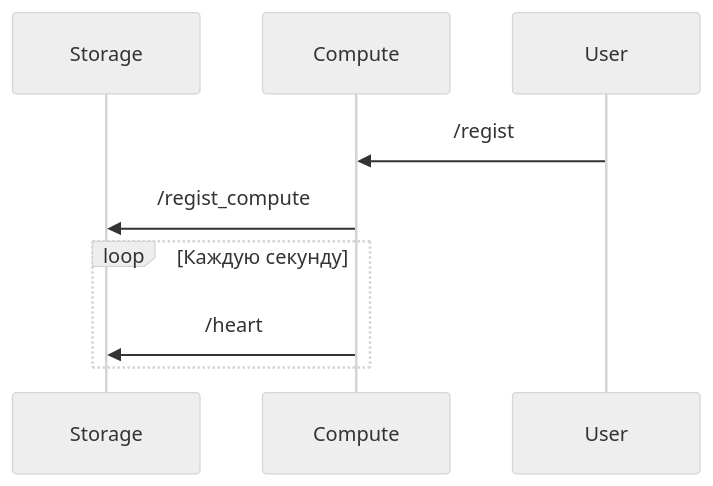
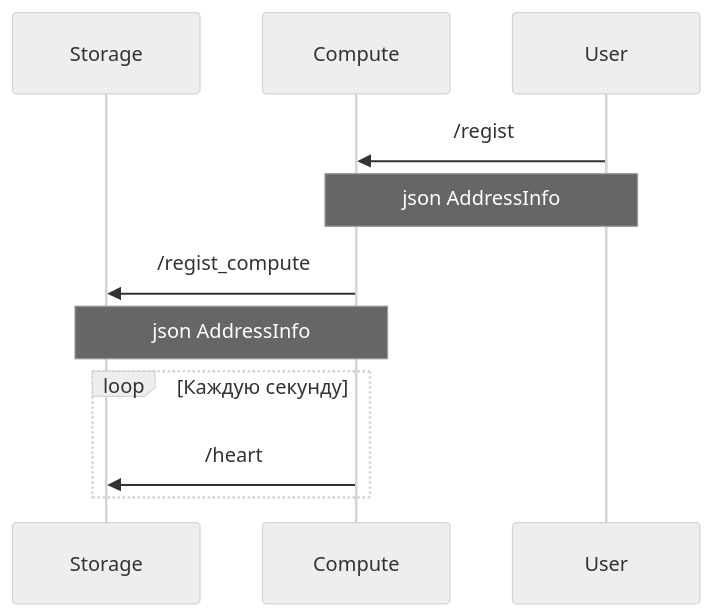
Before and after one commit to XJIeI5/calculator: the first of 10 diagrams in README.md, drawn with Mermaid (neutral theme). The commit also changed other lines of this file, not shown here.

````diff
--- a/README.md
+++ b/README.md
@@ -158,13 +158,15 @@
 ```mermaid
 sequenceDiagram
 participant S as Storage
 participant C as Compute
 participant U as User
 
 U->>C: /regist
+Note over U,C: json AddressInfo
 C->>S: /regist_compute
+Note over C,S: json AddressInfo
 
 loop Каждую секунду
 C->>S: /heart
 end
 ```
````
